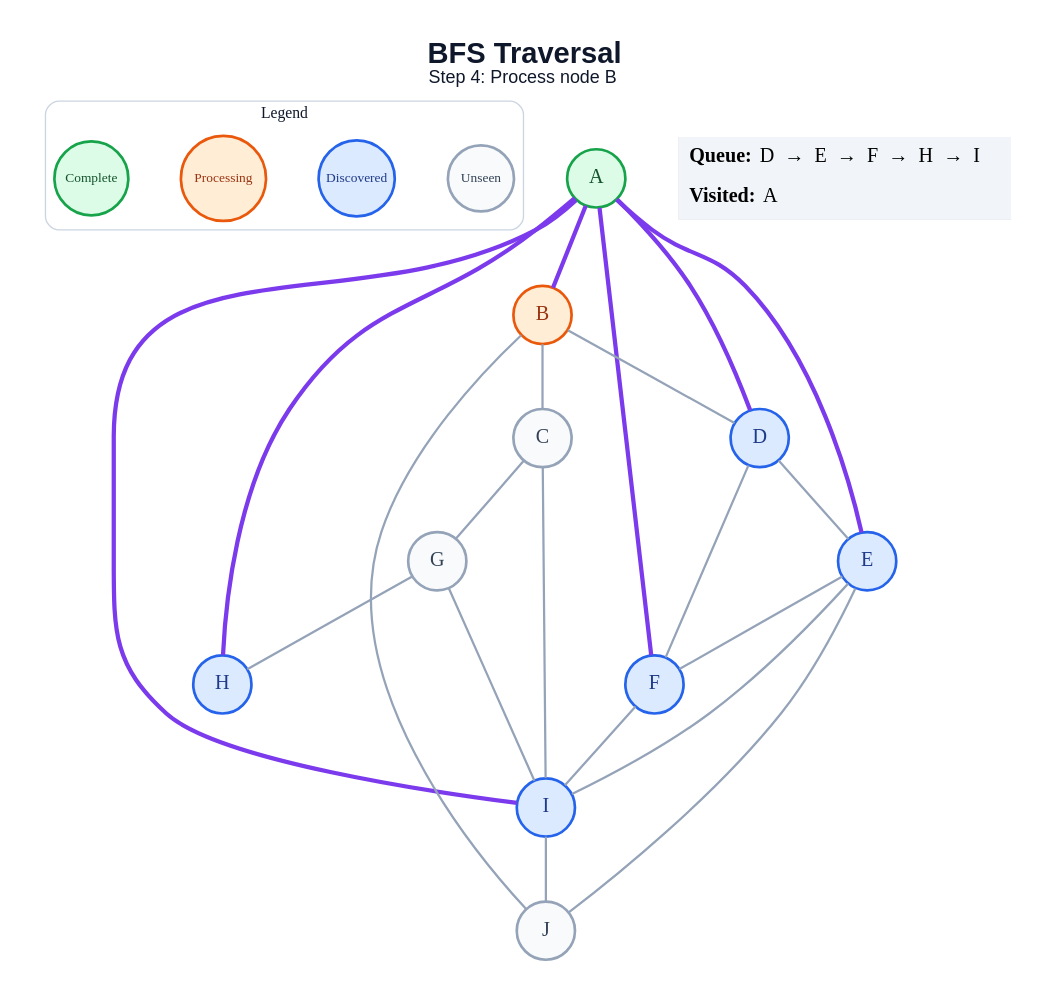
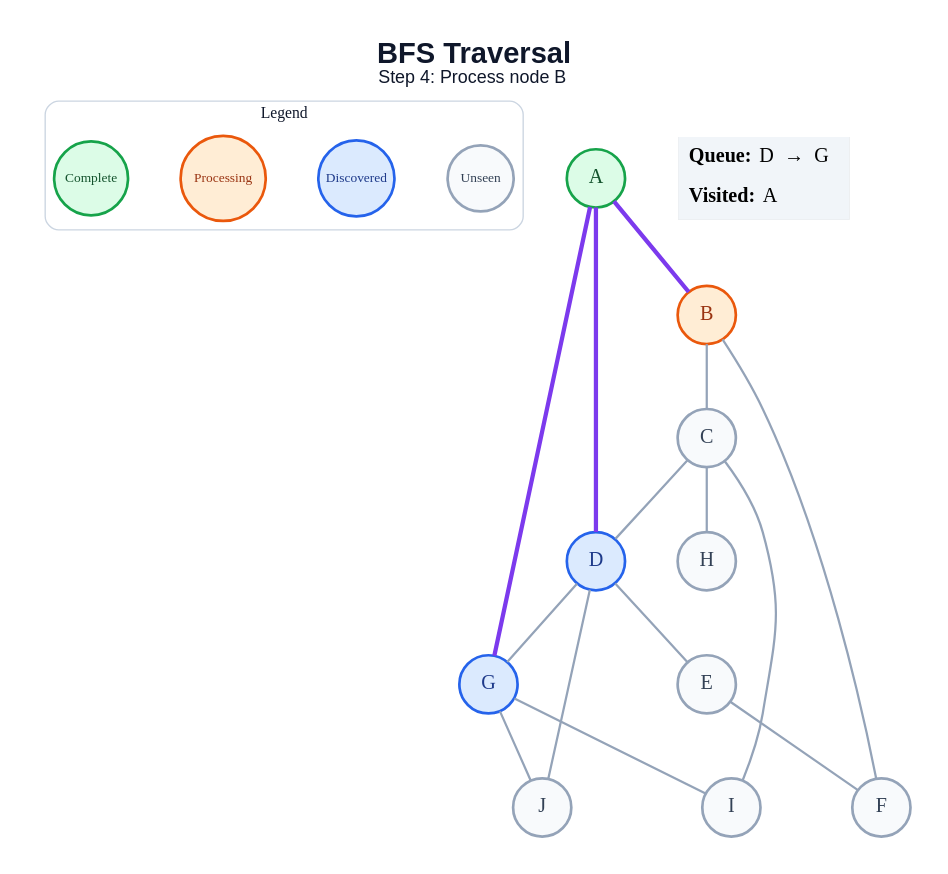
Before and after one commit to anon7238593-create/ai-slop: the diagram in generated/bfs/step_04.dot, drawn with Graphviz. The commit also changed 178 other files, not shown here.

```diff
--- a/generated/bfs/step_04.dot
+++ b/generated/bfs/step_04.dot
@@ -1,49 +1,43 @@
 graph traversal {
   graph [layout=dot, rankdir=TB, bgcolor="#FFFFFF", pad="0.35", nodesep="0.65", ranksep="0.8", fontname="Arial"];
   node [shape=circle, style="filled", fontname="Arial Bold", fontsize=18, width=0.72, fixedsize=true, penwidth=2.4];
   edge [color="#94A3B8", penwidth=2.0];
   label=<<B>BFS Traversal</B><BR/><FONT POINT-SIZE="16">Step 4: Process node B</FONT>>; labelloc="t"; fontsize=26; fontname="Arial"; fontcolor="#0F172A";
   subgraph cluster_legend { label="Legend"; color="#CBD5E1"; penwidth=1.2; style="rounded"; fontsize=14; fontname="Arial Bold";
     key_unseen [label="Unseen", fillcolor="#F8FAFC", color="#94A3B8", fontcolor="#334155", fontsize=12, width=0.82];
     key_frontier [label="Discovered", fillcolor="#DBEAFE", color="#2563EB", fontcolor="#1E3A8A", fontsize=12, width=0.95];
     key_current [label="Processing", fillcolor="#FFEDD5", color="#EA580C", fontcolor="#9A3412", fontsize=12, width=1.05];
     key_done [label="Complete", fillcolor="#DCFCE7", color="#16A34A", fontcolor="#14532D", fontsize=12, width=0.92];
     { rank=same; key_unseen; key_frontier; key_current; key_done; }
   }
   A [fillcolor="#DCFCE7", color="#16A34A", fontcolor="#14532D"];
   B [fillcolor="#FFEDD5", color="#EA580C", fontcolor="#9A3412"];
   C [fillcolor="#F8FAFC", color="#94A3B8", fontcolor="#334155"];
   D [fillcolor="#DBEAFE", color="#2563EB", fontcolor="#1E3A8A"];
-  E [fillcolor="#DBEAFE", color="#2563EB", fontcolor="#1E3A8A"];
-  F [fillcolor="#DBEAFE", color="#2563EB", fontcolor="#1E3A8A"];
-  G [fillcolor="#F8FAFC", color="#94A3B8", fontcolor="#334155"];
-  H [fillcolor="#DBEAFE", color="#2563EB", fontcolor="#1E3A8A"];
-  I [fillcolor="#DBEAFE", color="#2563EB", fontcolor="#1E3A8A"];
+  E [fillcolor="#F8FAFC", color="#94A3B8", fontcolor="#334155"];
+  F [fillcolor="#F8FAFC", color="#94A3B8", fontcolor="#334155"];
+  G [fillcolor="#DBEAFE", color="#2563EB", fontcolor="#1E3A8A"];
+  H [fillcolor="#F8FAFC", color="#94A3B8", fontcolor="#334155"];
+  I [fillcolor="#F8FAFC", color="#94A3B8", fontcolor="#334155"];
   J [fillcolor="#F8FAFC", color="#94A3B8", fontcolor="#334155"];
   A -- B [color="#7C3AED", penwidth=3.8];
   A -- D [color="#7C3AED", penwidth=3.8];
-  A -- E [color="#7C3AED", penwidth=3.8];
-  A -- F [color="#7C3AED", penwidth=3.8];
-  A -- H [color="#7C3AED", penwidth=3.8];
-  A -- I [color="#7C3AED", penwidth=3.8];
+  A -- G [color="#7C3AED", penwidth=3.8];
   B -- C;
-  B -- D;
-  B -- J;
-  C -- G;
+  B -- F;
+  C -- D;
+  C -- H;
   C -- I;
   D -- E;
-  D -- F;
+  D -- G;
+  D -- J;
   E -- F;
-  E -- I;
-  E -- J;
-  F -- I;
-  G -- H;
   G -- I;
-  I -- J;
+  G -- J;
   status [shape=plain, fixedsize=false, width=0, height=0, margin=0, label=<
     <TABLE BORDER="0" CELLBORDER="0" CELLPADDING="7" BGCOLOR="#F1F5F9">
-      <TR><TD ALIGN="LEFT"><B>Queue:</B> D  →  E  →  F  →  H  →  I</TD></TR>
+      <TR><TD ALIGN="LEFT"><B>Queue:</B> D  →  G</TD></TR>
       <TR><TD ALIGN="LEFT"><B>Visited:</B> A</TD></TR>
     </TABLE>
   >];
 }
```
